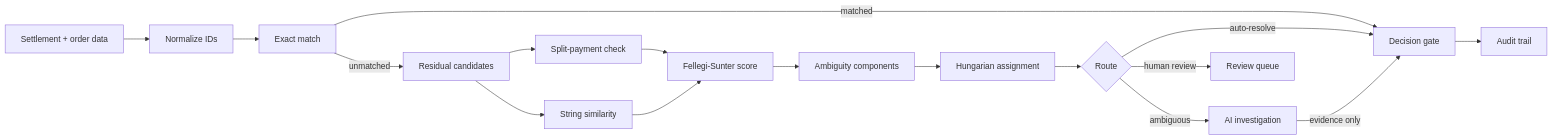
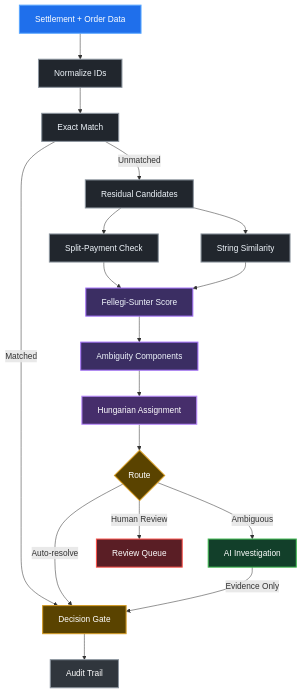
The diagram in README.md (originehsan/Recon_Pilot), drawn with Mermaid before and after one commit.

Commit message:
make mermaid flow diagram vertical

````diff
--- a/README.md
+++ b/README.md
@@ -32,19 +32,45 @@
 ```mermaid
-flowchart LR
-    A[Settlement + order data] --> B[Normalize IDs]
-    B --> C[Exact match]
-    C -->|matched| G[Decision gate]
-    C -->|unmatched| D[Residual candidates]
-    D --> S[Split-payment check]
-    D --> L[String similarity]
-    S --> F[Fellegi-Sunter score]
+flowchart TD
+    A["Settlement + Order Data"] --> B["Normalize IDs"]
+    B --> C["Exact Match"]
+
+    C -->|Matched| G["Decision Gate"]
+    C -->|Unmatched| D["Residual Candidates"]
+
+    D --> S["Split-Payment Check"]
+    D --> L["String Similarity"]
+
+    S --> F["Fellegi-Sunter Score"]
     L --> F
-    F --> U[Ambiguity components]
-    U --> H[Hungarian assignment]
-    H --> T{Route}
-    T -->|auto-resolve| G
-    T -->|human review| R[Review queue]
-    T -->|ambiguous| I[AI investigation]
-    I -->|evidence only| G
-    G --> Au[Audit trail]
+
+    F --> U["Ambiguity Components"]
+    U --> H["Hungarian Assignment"]
+
+    H --> T{"Route"}
+
+    T -->|Auto-resolve| G
+    T -->|Human Review| R["Review Queue"]
+    T -->|Ambiguous| I["AI Investigation"]
+
+    I -->|Evidence Only| G
+
+    G --> Au["Audit Trail"]
+
+    classDef input fill:#1F6FEB,stroke:#58A6FF,color:#FFFFFF,stroke-width:2px;
+    classDef process fill:#21262D,stroke:#8B949E,color:#F0F6FC,stroke-width:2px;
+    classDef scoring fill:#3B2E63,stroke:#A371F7,color:#F0F6FC,stroke-width:2px;
+    classDef assignment fill:#462E6B,stroke:#BC8CFF,color:#FFFFFF,stroke-width:2px;
+    classDef decision fill:#5A4300,stroke:#D29922,color:#FFFFFF,stroke-width:2px;
+    classDef review fill:#5A1E25,stroke:#F85149,color:#FFFFFF,stroke-width:2px;
+    classDef ai fill:#123F2A,stroke:#3FB950,color:#FFFFFF,stroke-width:2px;
+    classDef audit fill:#30363D,stroke:#8B949E,color:#FFFFFF,stroke-width:2px;
+
+    class A input;
+    class B,C,D,S,L process;
+    class F,U scoring;
+    class H assignment;
+    class G,T decision;
+    class R review;
+    class I ai;
+    class Au audit;
 ```
````
